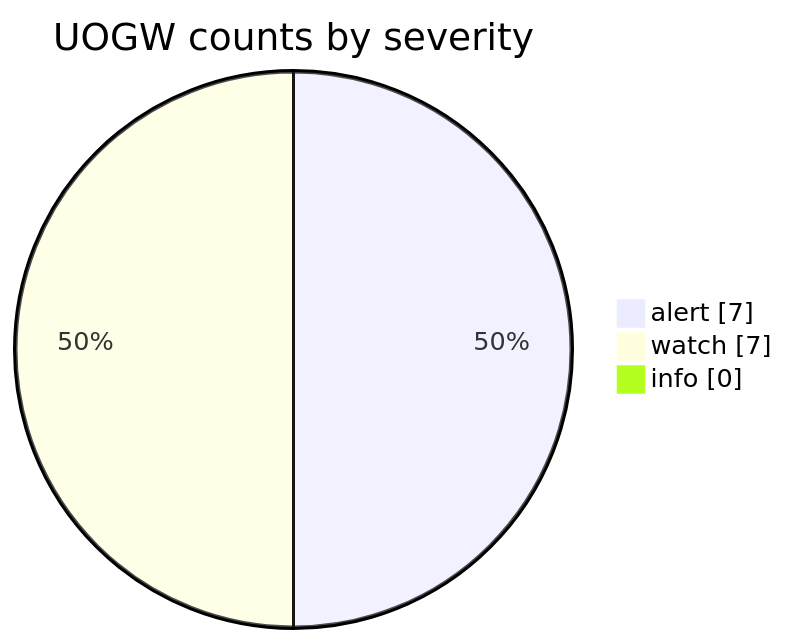
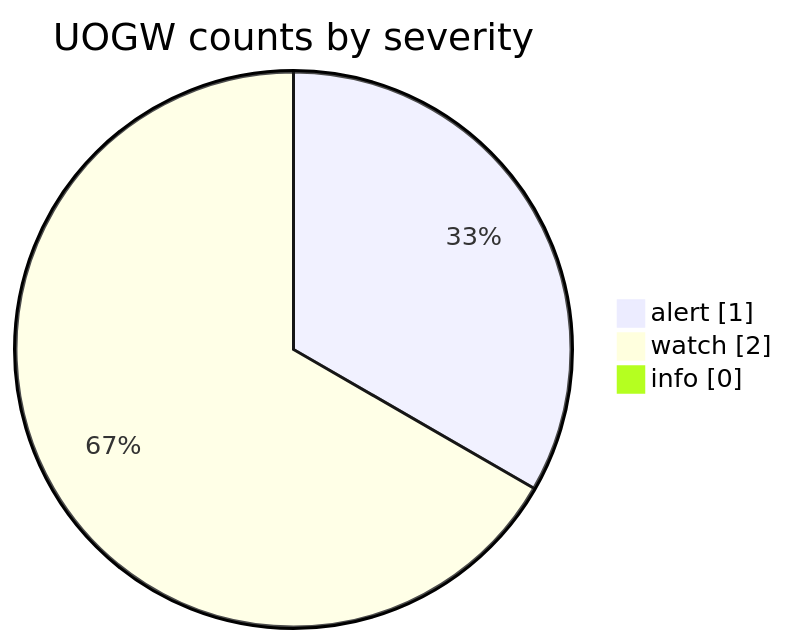
Before and after one commit to Midwest-Stratospheric/aerostratospheric-defense-gir: the fourth of 6 diagrams in docs/GRAPHS.md, drawn with Mermaid. The commit also changed other lines of this file and 22 other files, not shown here.

````diff
--- a/docs/GRAPHS.md
+++ b/docs/GRAPHS.md
@@ -66,7 +66,7 @@
 ```mermaid
 pie showData
   title UOGW counts by severity
-  "alert" : 7
-  "watch" : 7
+  "alert" : 1
+  "watch" : 2
   "info" : 0
 ```
````
